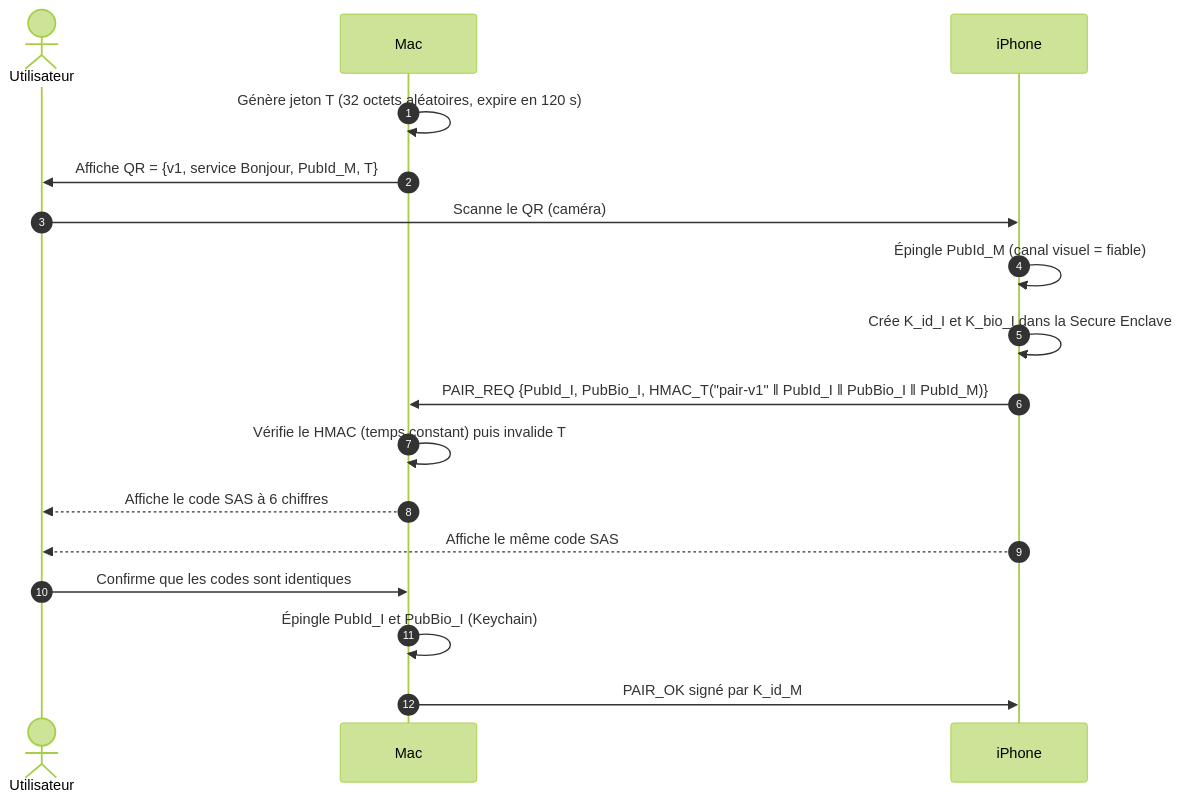
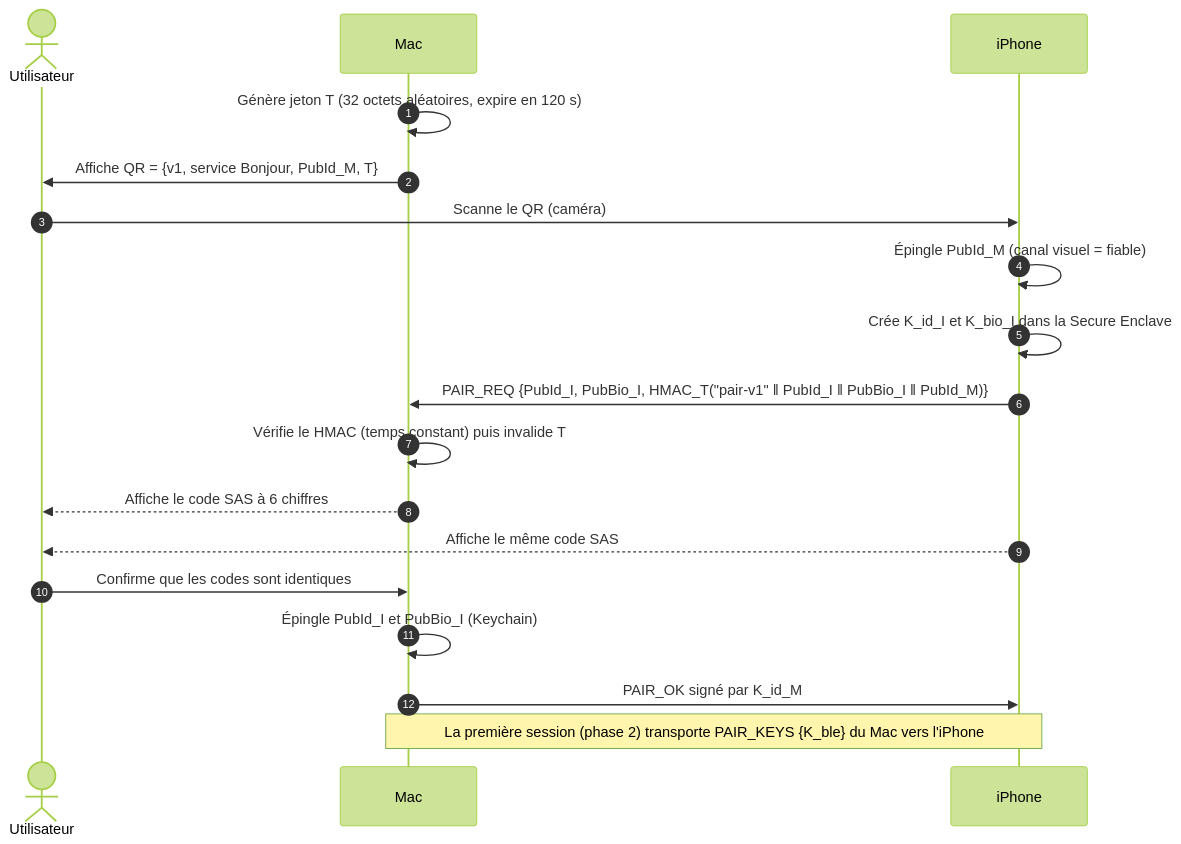
Before and after one commit to Br4tha/RobAir: the second of 6 diagrams in docs/J2-architecture.md, drawn with Mermaid (forest theme). The commit also changed other lines of this file and 3 other files, not shown here.

````diff
--- a/docs/J2-architecture.md
+++ b/docs/J2-architecture.md
@@ -75,20 +81,21 @@
 ```mermaid
 sequenceDiagram
     autonumber
     actor U as Utilisateur
     participant M as Mac
     participant I as iPhone
 
     M->>M: Génère jeton T (32 octets aléatoires, expire en 120 s)
     M->>U: Affiche QR = {v1, service Bonjour, PubId_M, T}
     U->>I: Scanne le QR (caméra)
     I->>I: Épingle PubId_M (canal visuel = fiable)
     I->>I: Crée K_id_I et K_bio_I dans la Secure Enclave
     I->>M: PAIR_REQ {PubId_I, PubBio_I, HMAC_T("pair-v1" ‖ PubId_I ‖ PubBio_I ‖ PubId_M)}
     M->>M: Vérifie le HMAC (temps constant) puis invalide T
     M-->>U: Affiche le code SAS à 6 chiffres
     I-->>U: Affiche le même code SAS
     U->>M: Confirme que les codes sont identiques
     M->>M: Épingle PubId_I et PubBio_I (Keychain)
     M->>I: PAIR_OK signé par K_id_M
+    Note over M,I: La première session (phase 2) transporte PAIR_KEYS {K_ble} du Mac vers l'iPhone
 ```
````
